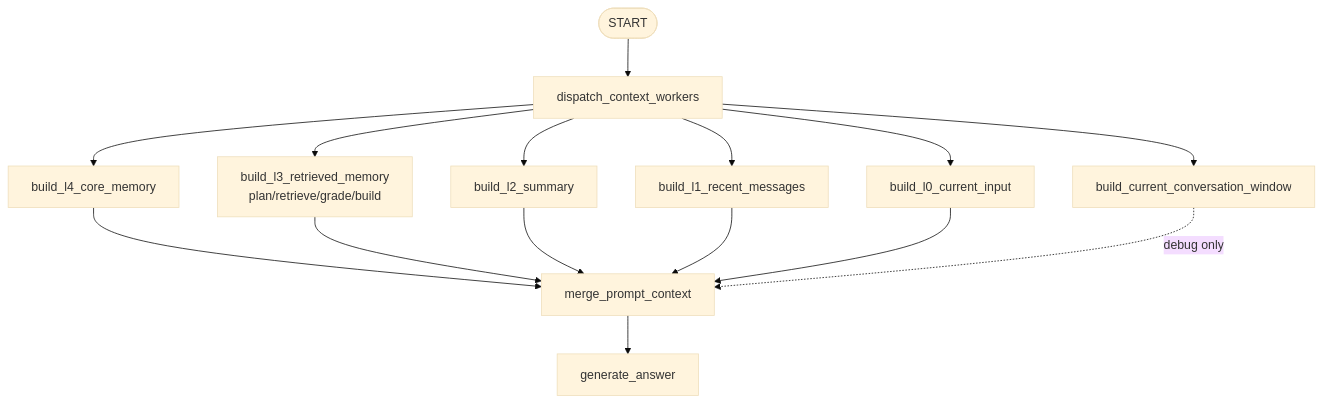
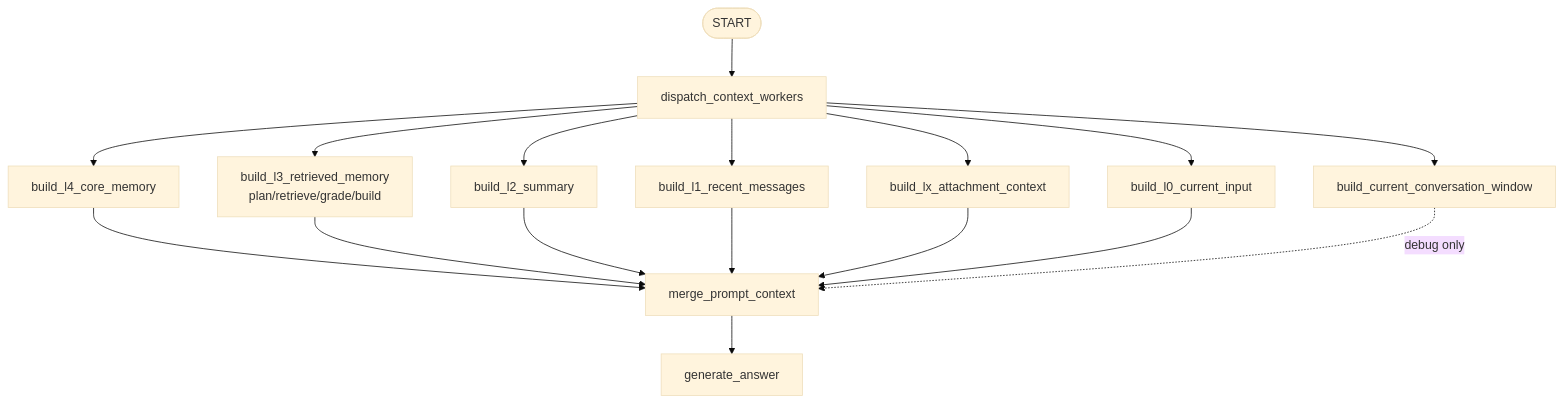
The second of 2 diagrams in docs/agent/context-pyramid.md (LiuJiaxuan1024/AiMemo), drawn with Mermaid (base theme) before and after one commit. The commit also changed other lines of this file and 28 other files, not shown here.

````diff
--- a/docs/agent/context-pyramid.md
+++ b/docs/agent/context-pyramid.md
@@ -85,18 +107,20 @@
 ```mermaid
 flowchart TD
     Start([START]) --> Dispatch[dispatch_context_workers]
     Dispatch --> L4Worker[build_l4_core_memory]
     Dispatch --> L3Worker[build_l3_retrieved_memory<br/>plan/retrieve/grade/build]
     Dispatch --> L2Worker[build_l2_summary]
     Dispatch --> L1Worker[build_l1_recent_messages]
+    Dispatch --> LXWorker[build_lx_attachment_context]
     Dispatch --> L0Worker[build_l0_current_input]
     Dispatch --> WindowWorker[build_current_conversation_window]
 
     L4Worker --> Merge[merge_prompt_context]
     L3Worker --> Merge
     L2Worker --> Merge
     L1Worker --> Merge
+    LXWorker --> Merge
     L0Worker --> Merge
-WindowWorker -. debug only .-> Merge
+    WindowWorker -. debug only .-> Merge
     Merge --> Generate[generate_answer]
 ```
````
